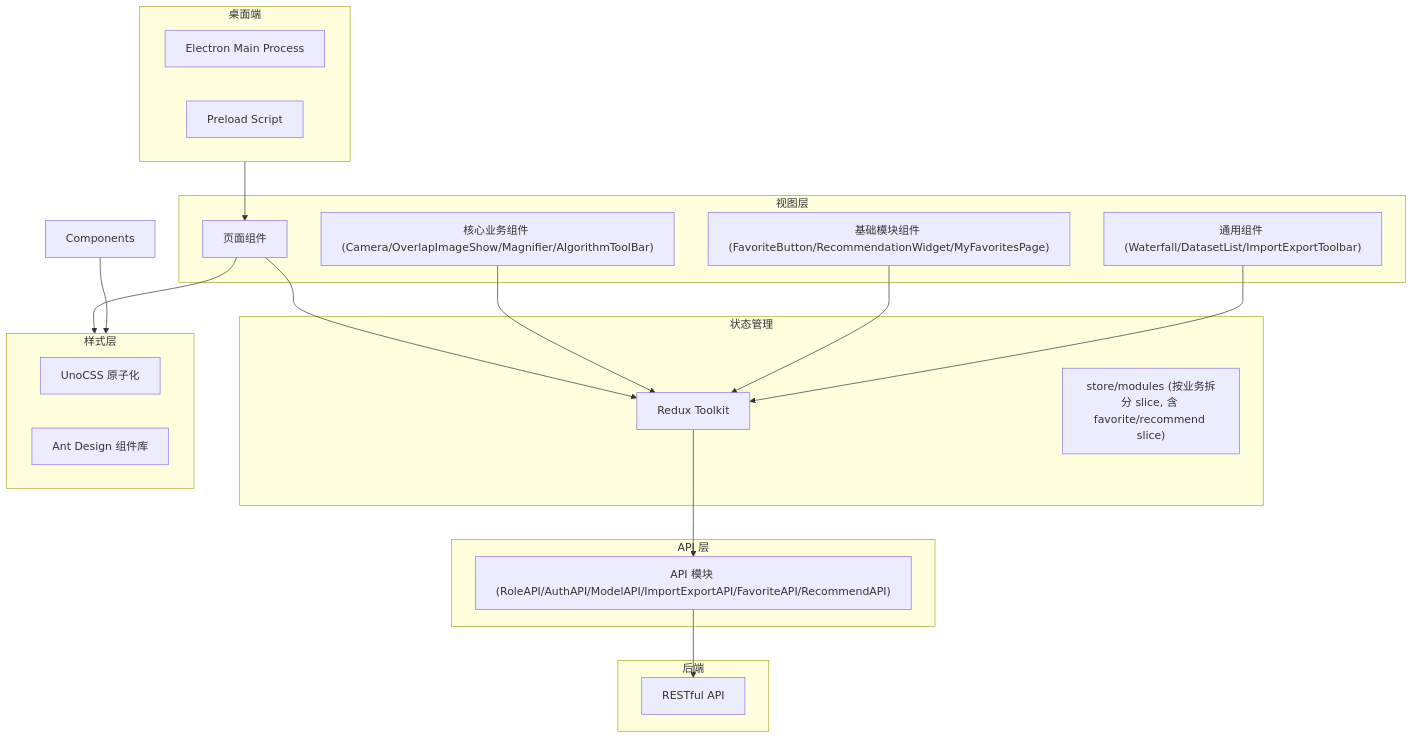
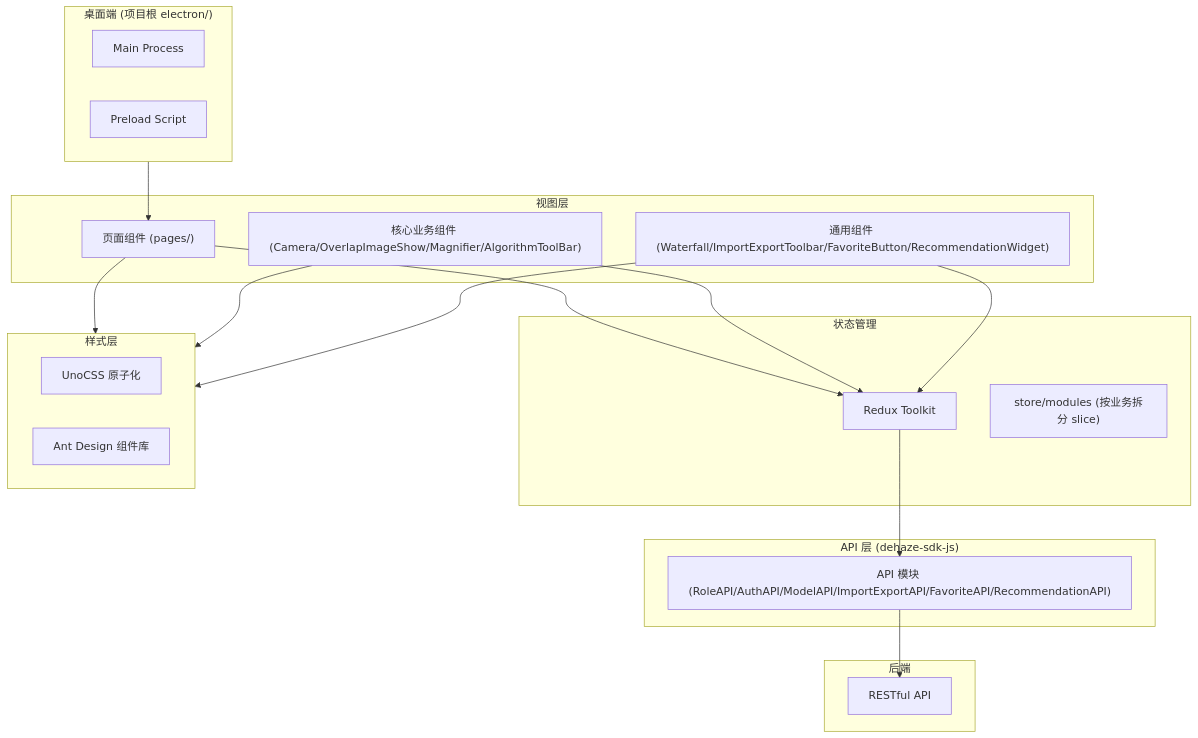
The first of 2 diagrams in dehaze-doc/docs/04-项目实现/前端/02-React架构文档.md (earthy-zinc/dehaze-system), drawn with Mermaid before and after one commit. The commit also changed other lines of this file and 24 other files, not shown here.

First line of the commit message:
docs: add and update multiple architecture documents

````diff
--- a/dehaze-doc/docs/04-项目实现/前端/02-React架构文档.md
+++ b/dehaze-doc/docs/04-项目实现/前端/02-React架构文档.md
@@ -9,42 +9,41 @@
 ```mermaid
 flowchart TB
     subgraph View["视图层"]
-        Pages["页面组件"]
+        Pages["页面组件 (pages/)"]
         CoreComp["核心业务组件 (Camera/OverlapImageShow/Magnifier/AlgorithmToolBar)"]
-        BaseComp["基础模块组件 (FavoriteButton/RecommendationWidget/MyFavoritesPage)"]
-        CommonComp["通用组件 (Waterfall/DatasetList/ImportExportToolbar)"]
+        CommonComp["通用组件 (Waterfall/ImportExportToolbar/FavoriteButton/RecommendationWidget)"]
     end
 
     subgraph State["状态管理"]
         Redux["Redux Toolkit"]
-        Slices["store/modules (按业务拆分 slice, 含 favorite/recommend slice)"]
+        Slices["store/modules (按业务拆分 slice)"]
     end
 
-    subgraph API["API 层"]
-        ApiModules["API 模块 (RoleAPI/AuthAPI/ModelAPI/ImportExportAPI/FavoriteAPI/RecommendAPI)"]
+    subgraph SDK["API 层 (dehaze-sdk-js)"]
+        ApiModules["API 模块 (RoleAPI/AuthAPI/ModelAPI/ImportExportAPI/FavoriteAPI/RecommendationAPI)"]
     end
 
     subgraph Style["样式层"]
         UnoCSS["UnoCSS 原子化"]
         AntDesign["Ant Design 组件库"]
     end
 
-    subgraph Electron["桌面端"]
-        Main["Electron Main Process"]
+    subgraph Electron["桌面端 (项目根 electron/)"]
+        Main["Main Process"]
         Preload["Preload Script"]
     end
 
     subgraph Backend["后端"]
         REST["RESTful API"]
     end
 
     Pages --> Redux
     CoreComp --> Redux
-    BaseComp --> Redux
     CommonComp --> Redux
     Redux --> ApiModules
     ApiModules --> REST
     Pages --> Style
-    Components --> Style
+    CoreComp --> Style
+    CommonComp --> Style
     Electron --> Pages
 ```
````
